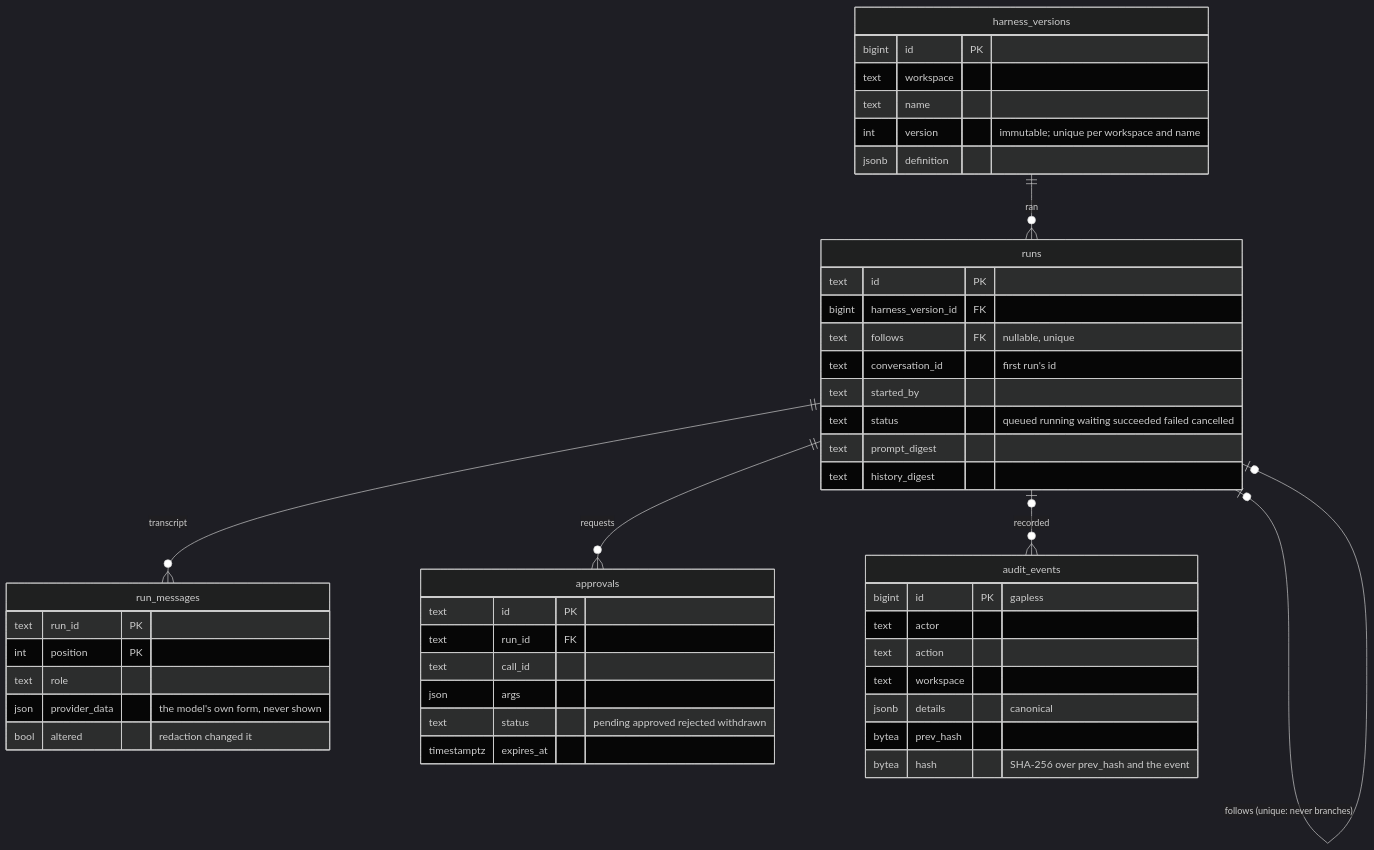
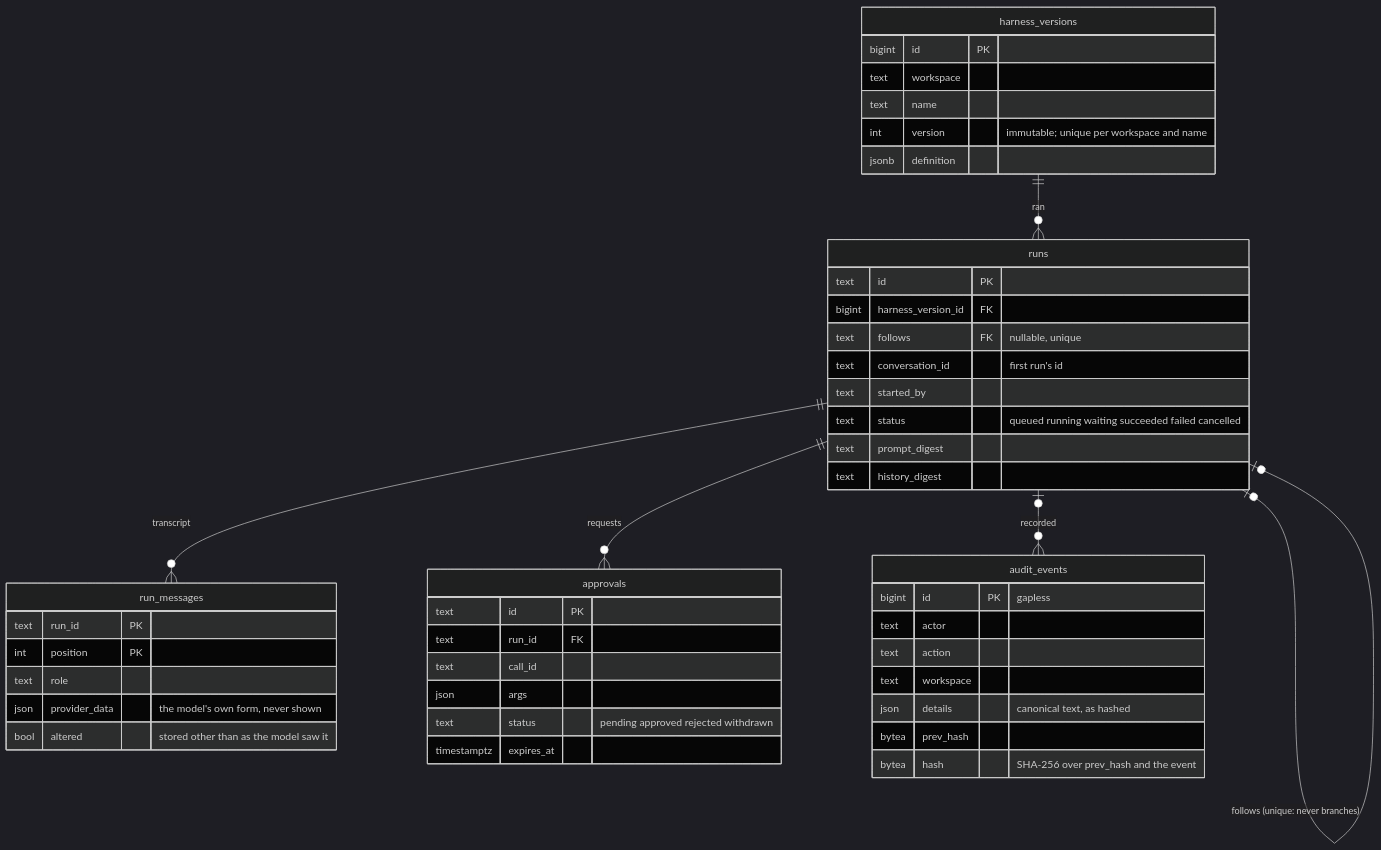
One commit to jangraefen/agenty changed the sixth of 7 diagrams in README.md. Above: the diagram before and after it, drawn with Mermaid (dark theme). The commit also changed other lines of this file and 1 other file, not shown here.

Commit message:
docs: correct details' type, the model adapter's edge, decision order and two run claims

````diff
--- a/README.md
+++ b/README.md
@@ -192,50 +193,50 @@
 ```mermaid
 erDiagram
     harness_versions ||--o{ runs : "ran"
     runs |o--o| runs : "follows (unique: never branches)"
     runs ||--o{ run_messages : "transcript"
     runs ||--o{ approvals : "requests"
     runs |o--o{ audit_events : "recorded"
 
     harness_versions {
         bigint id PK
         text workspace
         text name
         int version "immutable; unique per workspace and name"
         jsonb definition
     }
     runs {
         text id PK
         bigint harness_version_id FK
         text follows FK "nullable, unique"
         text conversation_id "first run's id"
         text started_by
         text status "queued running waiting succeeded failed cancelled"
         text prompt_digest
         text history_digest
     }
     run_messages {
         text run_id PK
         int position PK
         text role
         json provider_data "the model's own form, never shown"
-        bool altered "redaction changed it"
+        bool altered "stored other than as the model saw it"
     }
     approvals {
         text id PK
         text run_id FK
         text call_id
         json args
         text status "pending approved rejected withdrawn"
         timestamptz expires_at
     }
     audit_events {
         bigint id PK "gapless"
         text actor
         text action
         text workspace
-        jsonb details "canonical"
+        json details "canonical text, as hashed"
         bytea prev_hash
         bytea hash "SHA-256 over prev_hash and the event"
     }
 ```
````
